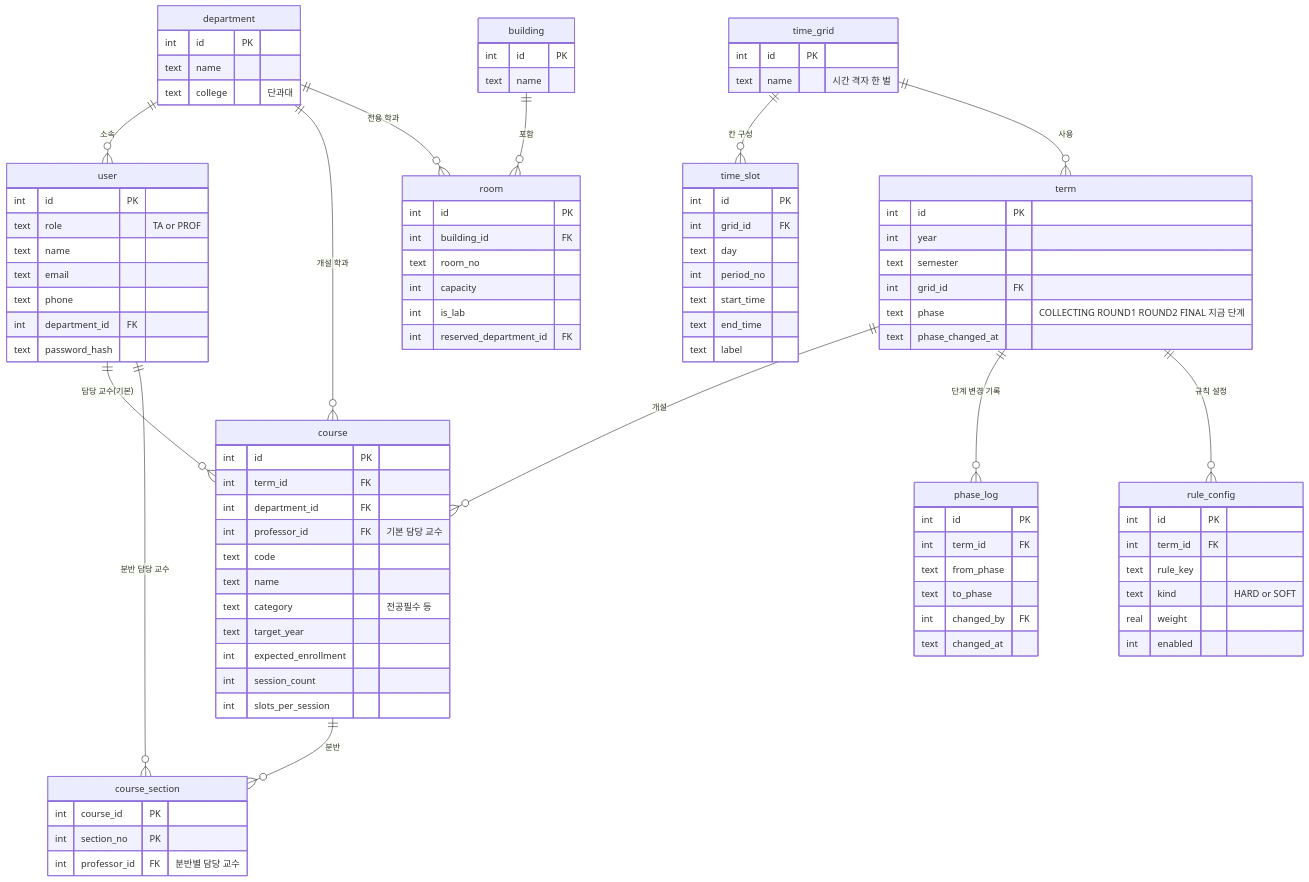
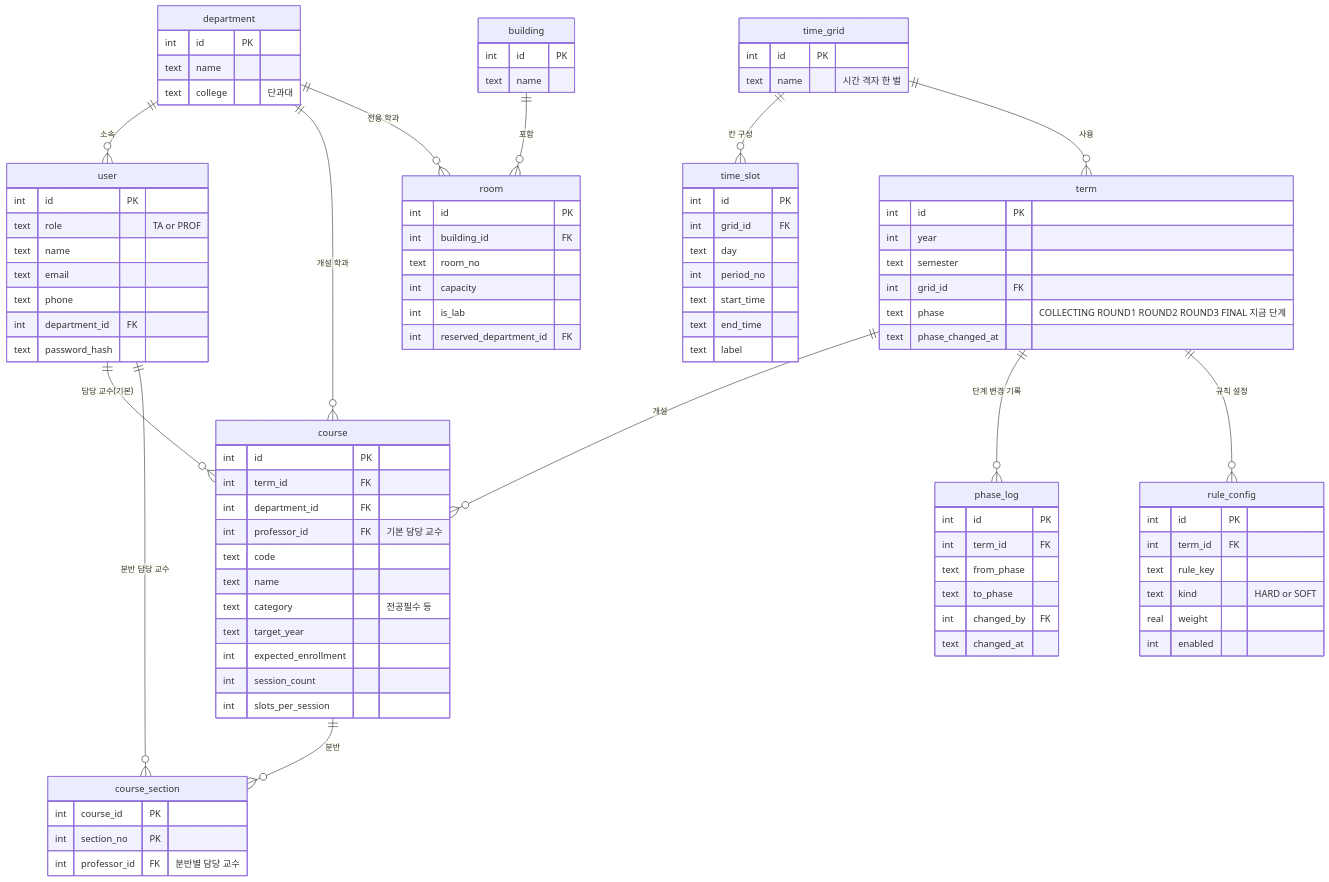
One commit to NLPproject-ssuTeam12/ssu-room changed the diagram in db/docs/c1.mmd. Above: the diagram before and after it, drawn with Mermaid. The commit also changed 12 other files, not shown here.

```diff
--- a/db/docs/c1.mmd
+++ b/db/docs/c1.mmd
@@ -1,94 +1,94 @@
 erDiagram
     department ||--o{ user : "소속"
     department ||--o{ course : "개설 학과"
     department ||--o{ room : "전용 학과"
     time_grid ||--o{ time_slot : "칸 구성"
     time_grid ||--o{ term : "사용"
     term ||--o{ course : "개설"
     term ||--o{ phase_log : "단계 변경 기록"
     term ||--o{ rule_config : "규칙 설정"
     user ||--o{ course : "담당 교수(기본)"
     course ||--o{ course_section : "분반"
     user ||--o{ course_section : "분반 담당 교수"
     building ||--o{ room : "포함"
     department {
         int id PK
         text name
         text college "단과대"
     }
     user {
         int id PK
         text role "TA or PROF"
         text name
         text email
         text phone
         int department_id FK
         text password_hash
     }
     time_grid {
         int id PK
         text name "시간 격자 한 벌"
     }
     time_slot {
         int id PK
         int grid_id FK
         text day
         int period_no
         text start_time
         text end_time
         text label
     }
     term {
         int id PK
         int year
         text semester
         int grid_id FK
-        text phase "COLLECTING ROUND1 ROUND2 FINAL 지금 단계"
+        text phase "COLLECTING ROUND1 ROUND2 ROUND3 FINAL 지금 단계"
         text phase_changed_at
     }
     phase_log {
         int id PK
         int term_id FK
         text from_phase
         text to_phase
         int changed_by FK
         text changed_at
     }
     building {
         int id PK
         text name
     }
     room {
         int id PK
         int building_id FK
         text room_no
         int capacity
         int is_lab
         int reserved_department_id FK
     }
     course {
         int id PK
         int term_id FK
         int department_id FK
         int professor_id FK "기본 담당 교수"
         text code
         text name
         text category "전공필수 등"
         text target_year
         int expected_enrollment
         int session_count
         int slots_per_session
     }
     course_section {
         int course_id PK
         int section_no PK
         int professor_id FK "분반별 담당 교수"
     }
     rule_config {
         int id PK
         int term_id FK
         text rule_key
         text kind "HARD or SOFT"
         real weight
         int enabled
     }
```
